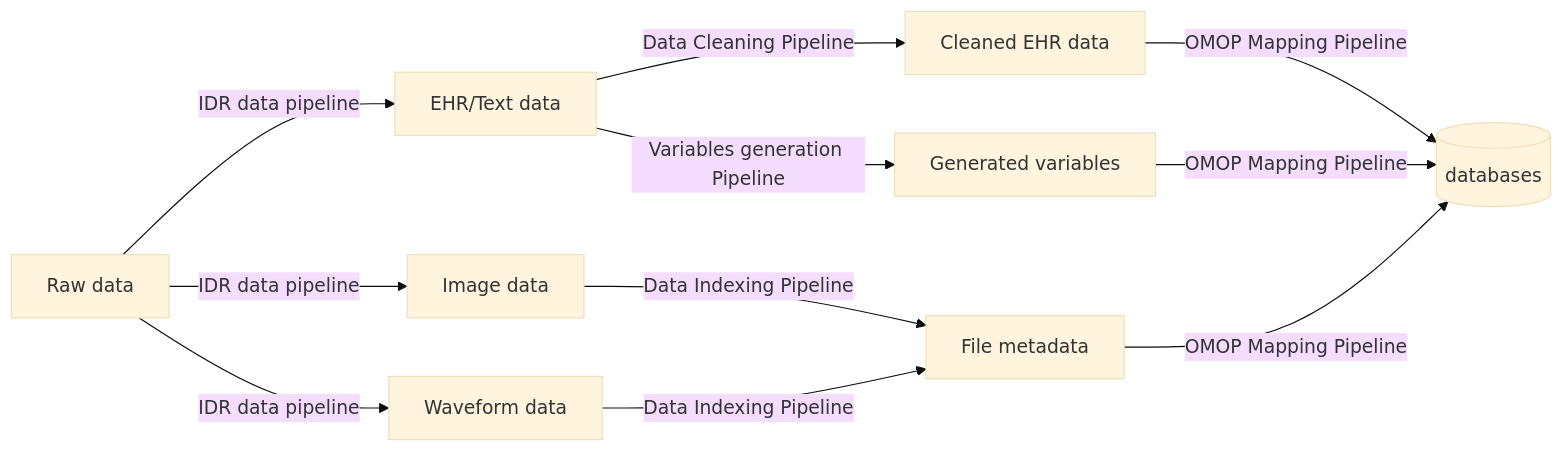
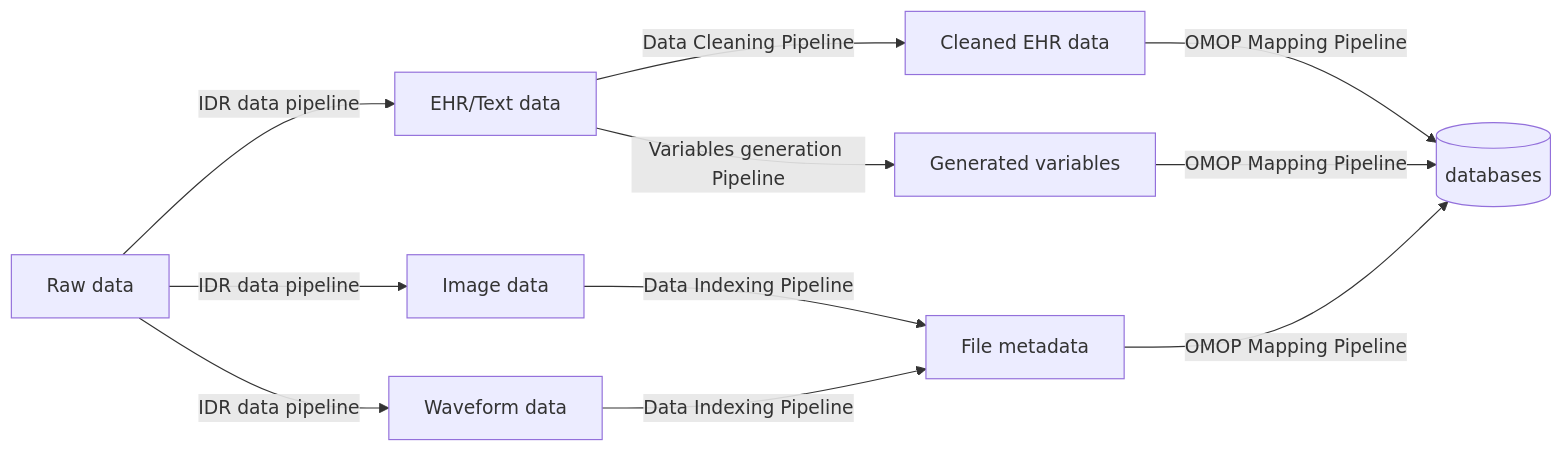
One commit to Prisma-pResearch/ic3-online-documentation changed the diagram in websites/docs/datasets/summary.mdx. Above: the diagram before and after it, drawn with Mermaid. The commit also changed 20 other files, not shown here.

````diff
--- a/websites/docs/datasets/summary.mdx
+++ b/websites/docs/datasets/summary.mdx
@@ -20,10 +20,10 @@
 ```mermaid
-%%{init: {'theme':'base'}}%%
+%%{init: {'theme': 'default', topLevel :1,"flowchart" : { "curve" : "linear" } } }%%
 flowchart LR
 A[Raw data] -- IDR data pipeline --> B[EHR/Text data] & G[Image data] & I[Waveform data]
 B -- Data Cleaning Pipeline --> C[Cleaned EHR data]
 B -- Variables generation Pipeline --> D[Generated variables]
 G & I  -- Data Indexing Pipeline --> H[File metadata]
 C & D & H -- OMOP Mapping Pipeline --> F[(databases)]
 
 ```
````
